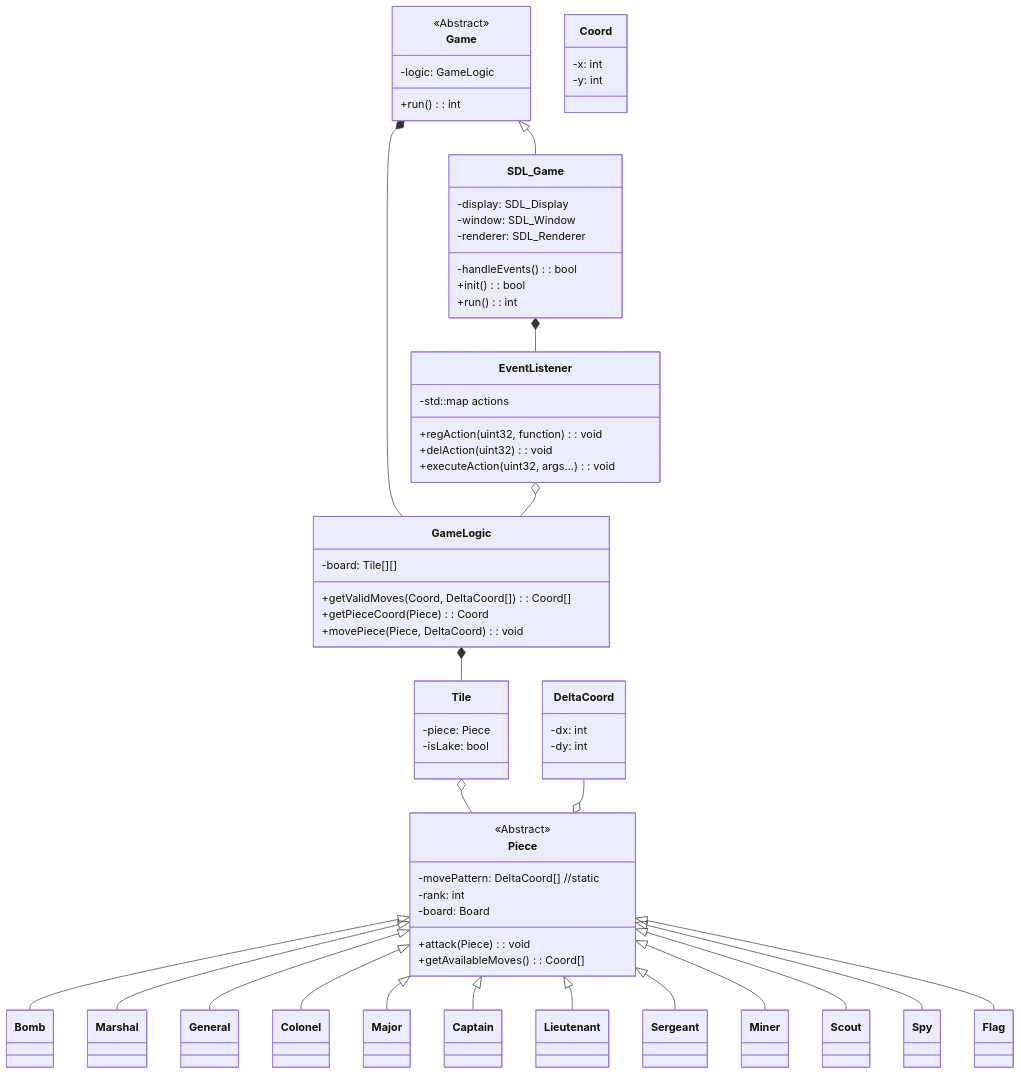
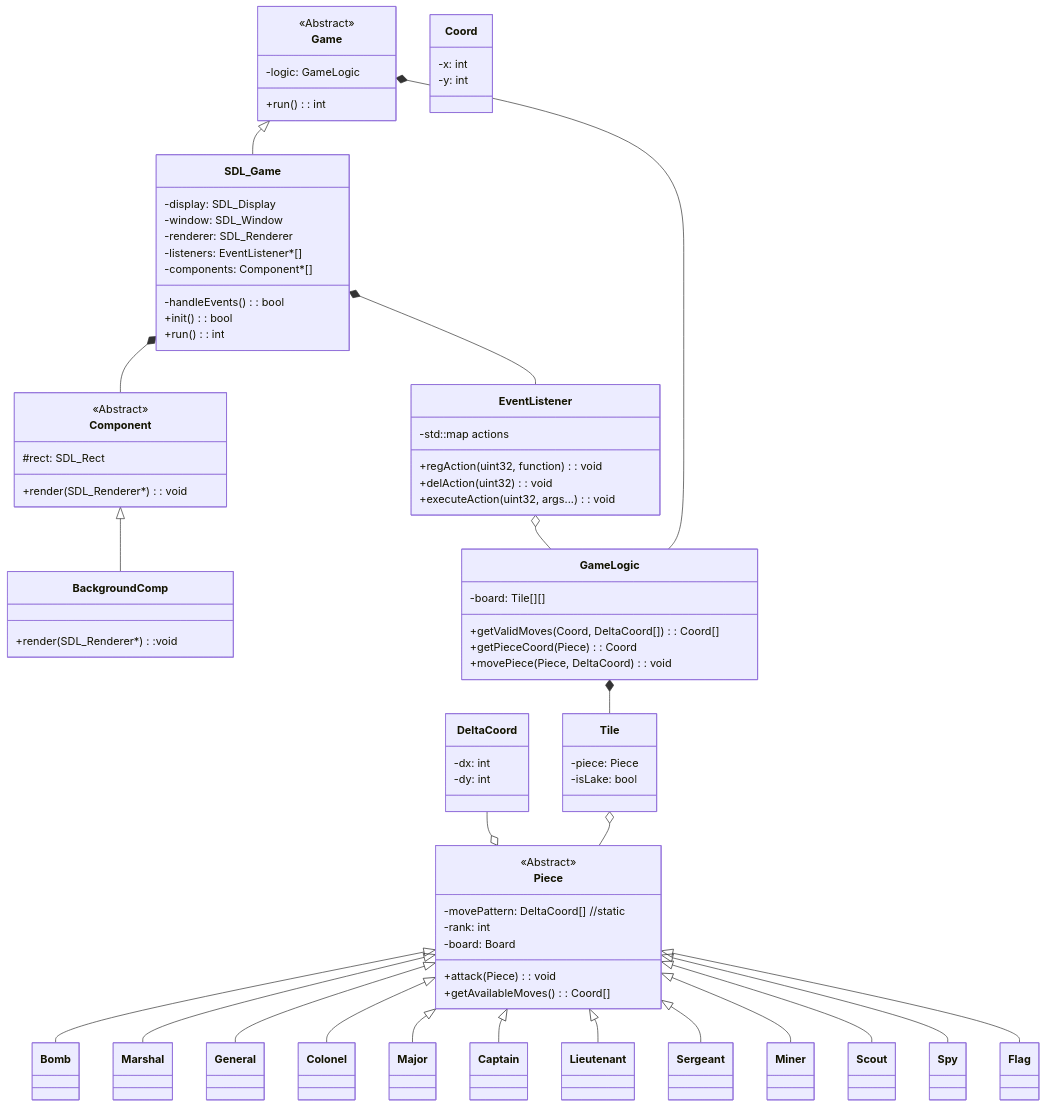
The sixth of 6 diagrams in README.md (Tomocza/cpp-stratego), drawn with Mermaid before and after one commit.

Commit message:
update UML

```diff
--- a/README.md
+++ b/README.md
@@ -175,6 +175,16 @@
   +regAction(uint32, function): void
   +delAction(uint32): void
   +executeAction(uint32, args...): void
+}
+
+class Component{
+  <<Abstract>>
+  +render(SDL_Renderer*): void
+  #rect: SDL_Rect
+}
+
+class BackgroundComp{
+  +render(SDL_Renderer*):void
 }
 
 class Game{
@@ -187,6 +197,8 @@
   -display: SDL_Display
   -window: SDL_Window
   -renderer: SDL_Renderer
+  -listeners: EventListener*[]
+  -components: Component*[]
   -handleEvents(): bool
   +init(): bool
   +run(): int
@@ -242,6 +254,9 @@
 SDL_Game *-- EventListener
 EventListener o-- GameLogic
 
+Component <|-- BackgroundComp
+SDL_Game *-- Component
+
 GameLogic *-- Tile
 Tile o-- Piece
 DeltaCoord --o Piece
```
